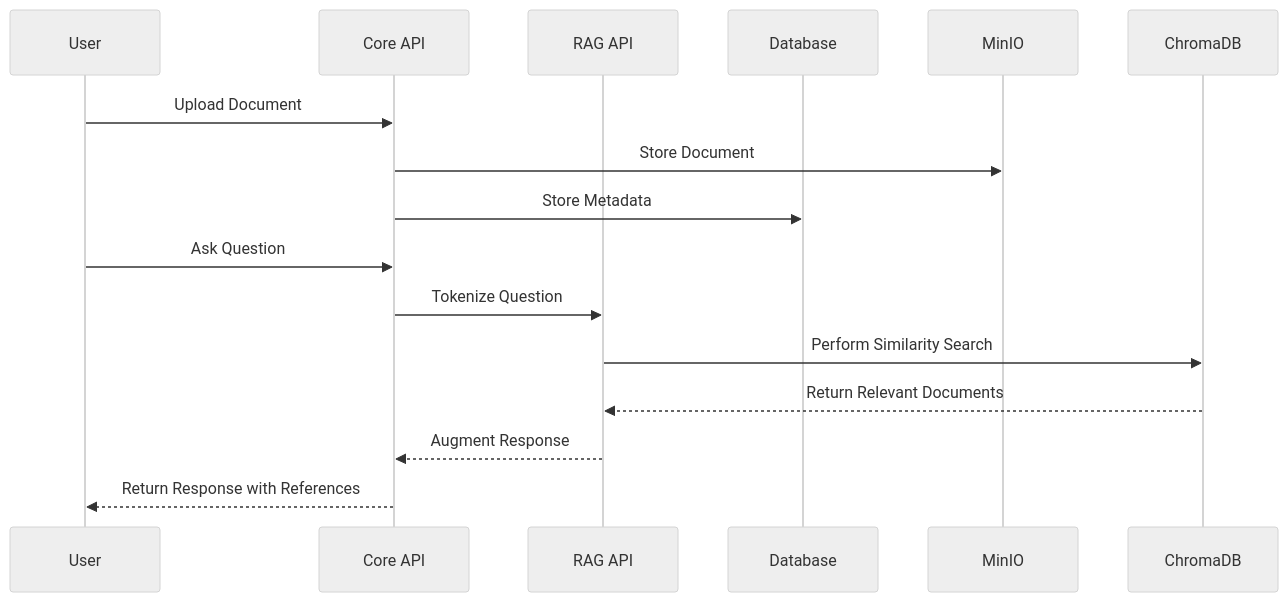
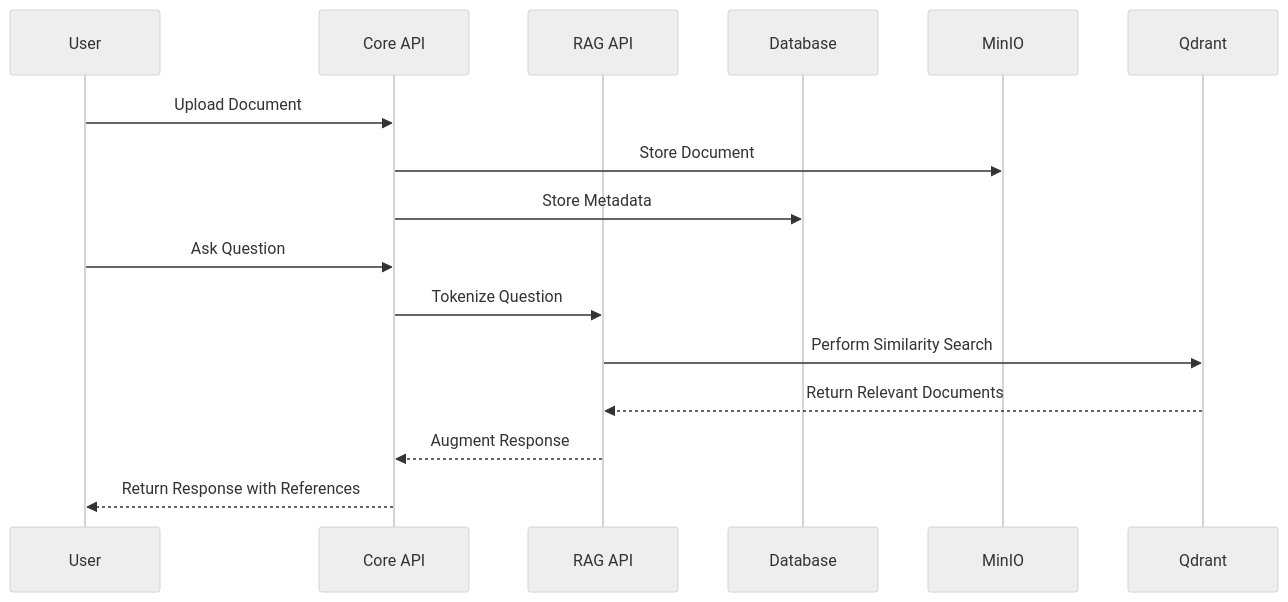
One commit to hyoaru/rag4jiya changed the second of 2 diagrams in README.md. Above: the diagram before and after it, drawn with Mermaid (neutral theme). The commit also changed other lines of this file and 9 other files, not shown here.

````diff
--- a/README.md
+++ b/README.md
@@ -85,19 +85,19 @@
 ```mermaid
 sequenceDiagram
     participant U as User
     participant C as Core API
     participant R as RAG API
     participant D as Database
     participant M as MinIO
-    participant V as ChromaDB
+    participant V as Qdrant
 
     U->>C: Upload Document
     C->>M: Store Document
     C->>D: Store Metadata
     U->>C: Ask Question
     C->>R: Tokenize Question
     R->>V: Perform Similarity Search
     V-->>R: Return Relevant Documents
     R-->>C: Augment Response
     C-->>U: Return Response with References
 ```
````
